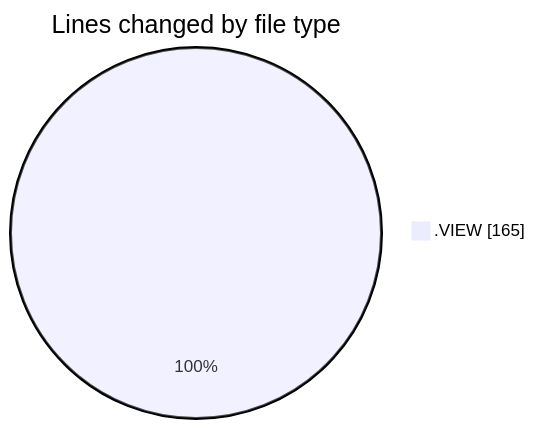
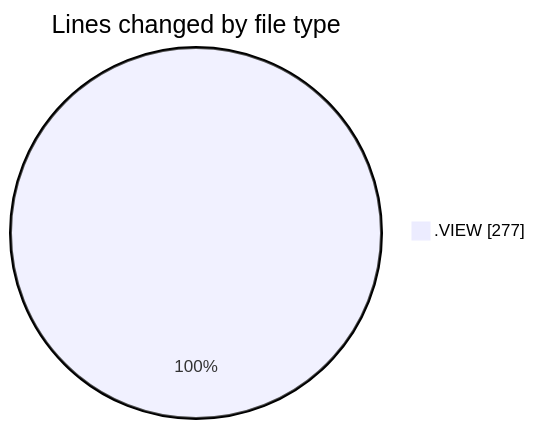
The first of 2 diagrams in 2026-03-13/objetosbd/README.md (ricardozamudiocil/code-tracking), drawn with Mermaid before and after one commit. The commit also changed other lines of this file and 1 other file, not shown here.

````diff
--- a/2026-03-13/objetosbd/README.md
+++ b/2026-03-13/objetosbd/README.md
@@ -21,5 +22,5 @@
 ```mermaid
 pie showData
 title Lines changed by file type
-".VIEW" : 165
+".VIEW" : 277
 ```
````
